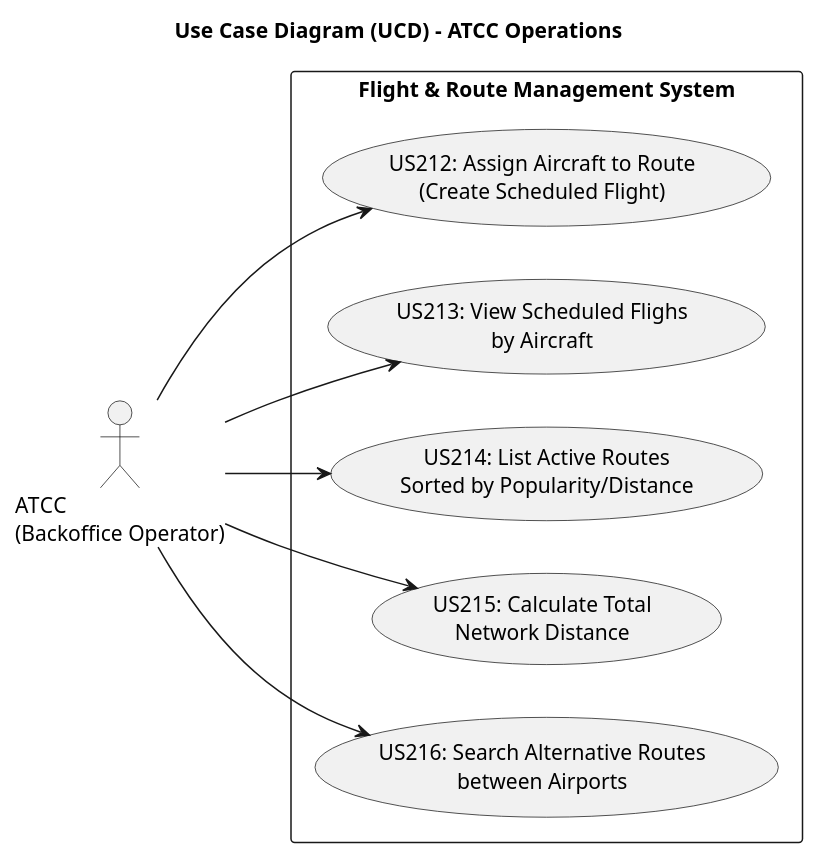
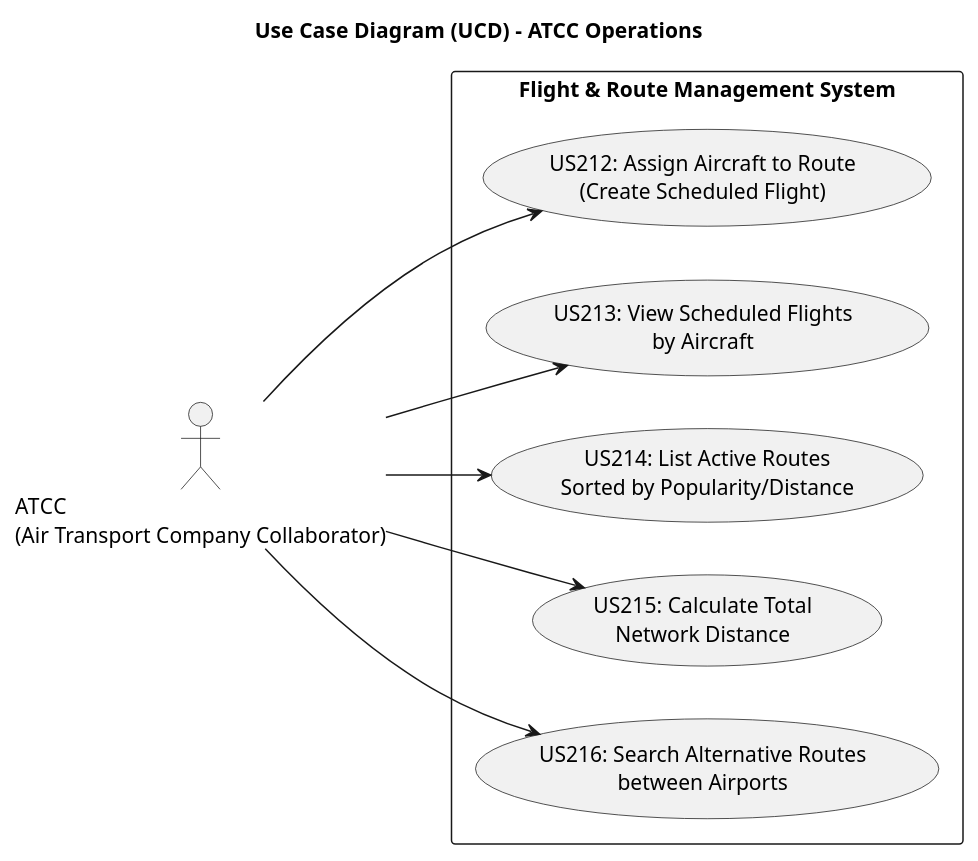
Before and after one commit to VascoMagolo/psoft_1231562_1241692_1242036_2db: the diagram in docs/system-documentation/use-cases/WP3B/UCD/puml/use_case_diagram.puml, drawn with PlantUML. The commit also changed 101 other files, not shown here.

First line of the commit message:
docs: update diagrams, READMEs, and global artifacts

```diff
--- a/docs/system-documentation/use-cases/WP3B/UCD/puml/use_case_diagram.puml
+++ b/docs/system-documentation/use-cases/WP3B/UCD/puml/use_case_diagram.puml
@@ -1,25 +1,25 @@
 @startuml
 title Use Case Diagram (UCD) - ATCC Operations
 
 left to right direction
 skinparam packageStyle rectangle
 
-actor "ATCC\n(Backoffice Operator)" as ATCC
+actor "ATCC\n(Air Transport Company Collaborator)" as ATCC
 
 rectangle "Flight & Route Management System" {
 
   usecase "US212: Assign Aircraft to Route\n(Create Scheduled Flight)" as UC212
-  usecase "US213: View Scheduled Flighs\nby Aircraft" as UC213
+  usecase "US213: View Scheduled Flights\nby Aircraft" as UC213
   usecase "US214: List Active Routes\nSorted by Popularity/Distance" as UC214
   usecase "US215: Calculate Total\nNetwork Distance" as UC215
   usecase "US216: Search Alternative Routes\nbetween Airports" as UC216
 
 }
 
 ATCC --> UC212
 ATCC --> UC213
 ATCC --> UC214
 ATCC --> UC215
 ATCC --> UC216
 
 @enduml
```
